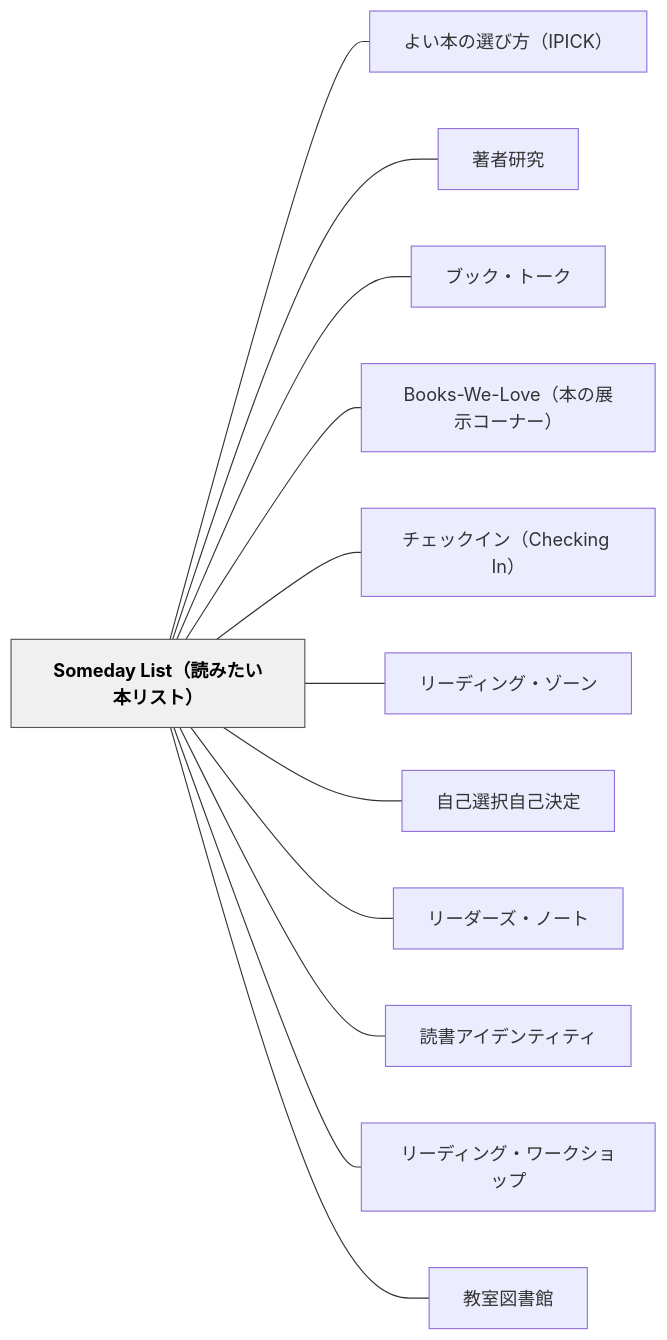
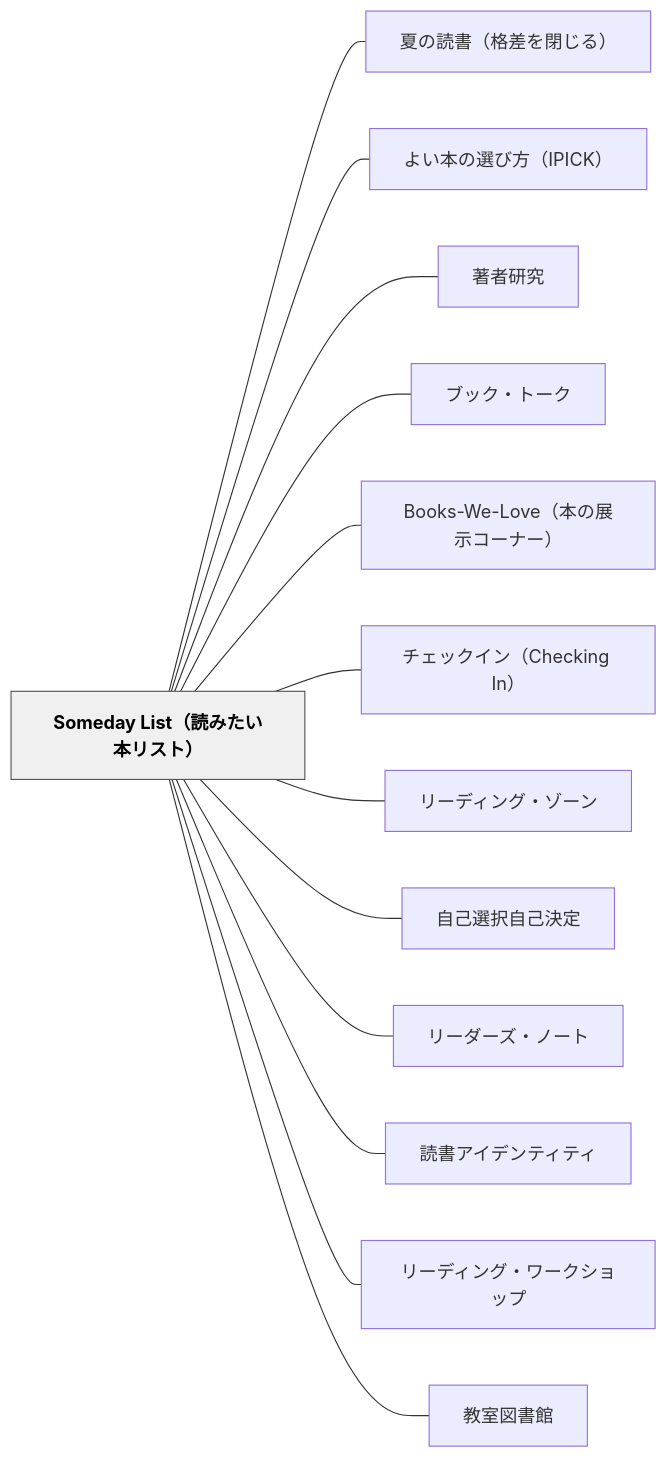
One commit to unknownthings-ed-patterns/unknownthings-ed-patterns changed the diagram in content/パタン/Someday List（読みたい本リスト）.md. Above: the diagram before and after it, drawn with Mermaid. The commit also changed other lines of this file and 185 other files, not shown here.

````diff
--- a/content/パタン/Someday List（読みたい本リスト）.md
+++ b/content/パタン/Someday List（読みたい本リスト）.md
@@ -113,30 +114,32 @@
 ```mermaid
 flowchart LR
     n536f6d65646179204c697374efbc88e8aaade381bfe3819fe38184e69cace383aae382b9e38388efbc89["Someday List（読みたい本リスト）"]
+    ne5a48fe381aee8aaade69bb8efbc88e6a0bce5b7aee38292e99689e38198e3828befbc89["夏の読書（格差を閉じる）"]
     ne38288e38184e69cace381aee981b8e381b3e696b9efbc88495049434befbc89["よい本の選び方（IPICK）"]
     ne89197e88085e7a094e7a9b6["著者研究"]
     ne38396e38383e382afe383bbe38388e383bce382af["ブック・トーク"]
     n426f6f6b732d57652d4c6f7665efbc88e69cace381aee5b195e7a4bae382b3e383bce3838ae383bcefbc89["Books-We-Love（本の展示コーナー）"]
     ne38381e382a7e38383e382afe382a4e383b3efbc88436865636b696e6720496eefbc89["チェックイン（Checking In）"]
     ne383aae383bce38387e382a3e383b3e382b0e383bbe382bee383bce383b3["リーディング・ゾーン"]
     ne887aae5b7b1e981b8e68a9ee887aae5b7b1e6b1bae5ae9a["自己選択自己決定"]
     ne383aae383bce38380e383bce382bae383bbe3838ee383bce38388["リーダーズ・ノート"]
     ne8aaade69bb8e382a2e382a4e38387e383b3e38386e382a3e38386e382a3["読書アイデンティティ"]
     ne383aae383bce38387e382a3e383b3e382b0e383bbe383afe383bce382afe382b7e383a7e38383e38397["リーディング・ワークショップ"]
     ne69599e5aea4e59bb3e69bb8e9a4a8["教室図書館"]
 
+    n536f6d65646179204c697374efbc88e8aaade381bfe3819fe38184e69cace383aae382b9e38388efbc89 --- ne5a48fe381aee8aaade69bb8efbc88e6a0bce5b7aee38292e99689e38198e3828befbc89
     n536f6d65646179204c697374efbc88e8aaade381bfe3819fe38184e69cace383aae382b9e38388efbc89 --- ne38288e38184e69cace381aee981b8e381b3e696b9efbc88495049434befbc89
     n536f6d65646179204c697374efbc88e8aaade381bfe3819fe38184e69cace383aae382b9e38388efbc89 --- ne89197e88085e7a094e7a9b6
     n536f6d65646179204c697374efbc88e8aaade381bfe3819fe38184e69cace383aae382b9e38388efbc89 --- ne38396e38383e382afe383bbe38388e383bce382af
     n536f6d65646179204c697374efbc88e8aaade381bfe3819fe38184e69cace383aae382b9e38388efbc89 --- n426f6f6b732d57652d4c6f7665efbc88e69cace381aee5b195e7a4bae382b3e383bce3838ae383bcefbc89
     n536f6d65646179204c697374efbc88e8aaade381bfe3819fe38184e69cace383aae382b9e38388efbc89 --- ne38381e382a7e38383e382afe382a4e383b3efbc88436865636b696e6720496eefbc89
     n536f6d65646179204c697374efbc88e8aaade381bfe3819fe38184e69cace383aae382b9e38388efbc89 --- ne383aae383bce38387e382a3e383b3e382b0e383bbe382bee383bce383b3
     n536f6d65646179204c697374efbc88e8aaade381bfe3819fe38184e69cace383aae382b9e38388efbc89 --- ne887aae5b7b1e981b8e68a9ee887aae5b7b1e6b1bae5ae9a
     n536f6d65646179204c697374efbc88e8aaade381bfe3819fe38184e69cace383aae382b9e38388efbc89 --- ne383aae383bce38380e383bce382bae383bbe3838ee383bce38388
     n536f6d65646179204c697374efbc88e8aaade381bfe3819fe38184e69cace383aae382b9e38388efbc89 --- ne8aaade69bb8e382a2e382a4e38387e383b3e38386e382a3e38386e382a3
     n536f6d65646179204c697374efbc88e8aaade381bfe3819fe38184e69cace383aae382b9e38388efbc89 --- ne383aae383bce38387e382a3e383b3e382b0e383bbe383afe383bce382afe382b7e383a7e38383e38397
     n536f6d65646179204c697374efbc88e8aaade381bfe3819fe38184e69cace383aae382b9e38388efbc89 --- ne69599e5aea4e59bb3e69bb8e9a4a8
 
     classDef hub fill:#f0f0f0,stroke:#555,color:#000,font-weight:bold
     class n536f6d65646179204c697374efbc88e8aaade381bfe3819fe38184e69cace383aae382b9e38388efbc89 hub
 ```
````
